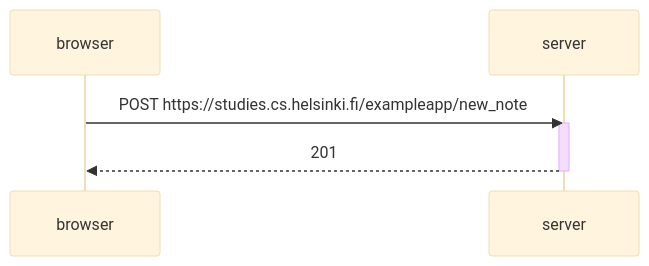
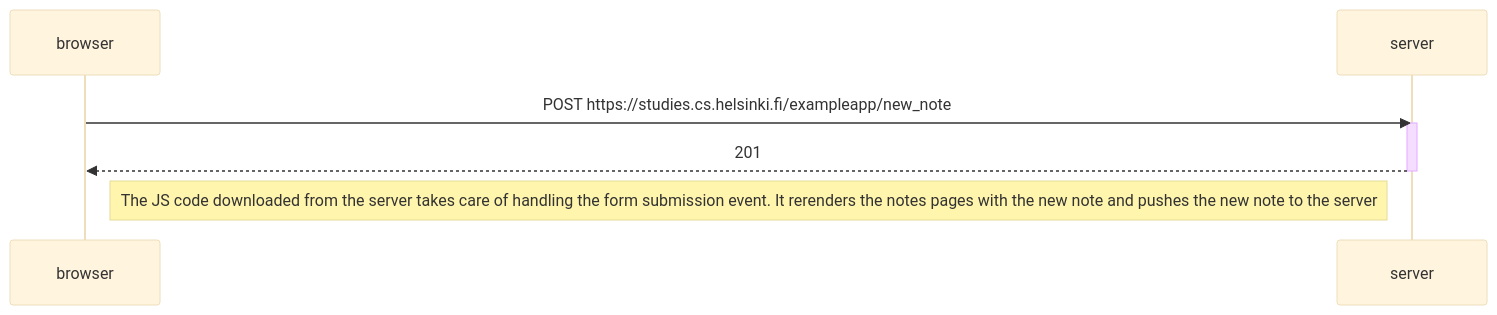
One commit to eilerb/Full-Stack-Solutions changed the diagram in README.md. Above: the diagram before and after it, drawn with Mermaid (base theme).

````diff
--- a/README.md
+++ b/README.md
@@ -1,11 +1,13 @@
 ```mermaid
 
 sequenceDiagram
     participant browser
     participant server
 
     browser->>server: POST https://studies.cs.helsinki.fi/exampleapp/new_note
     activate server
     server-->>browser: 201
     deactivate server
+
+    Note right of browser: The JS code downloaded from the server takes care of handling the form submission event. It rerenders the notes pages with the new note and pushes the new note to the server
 ```
````
